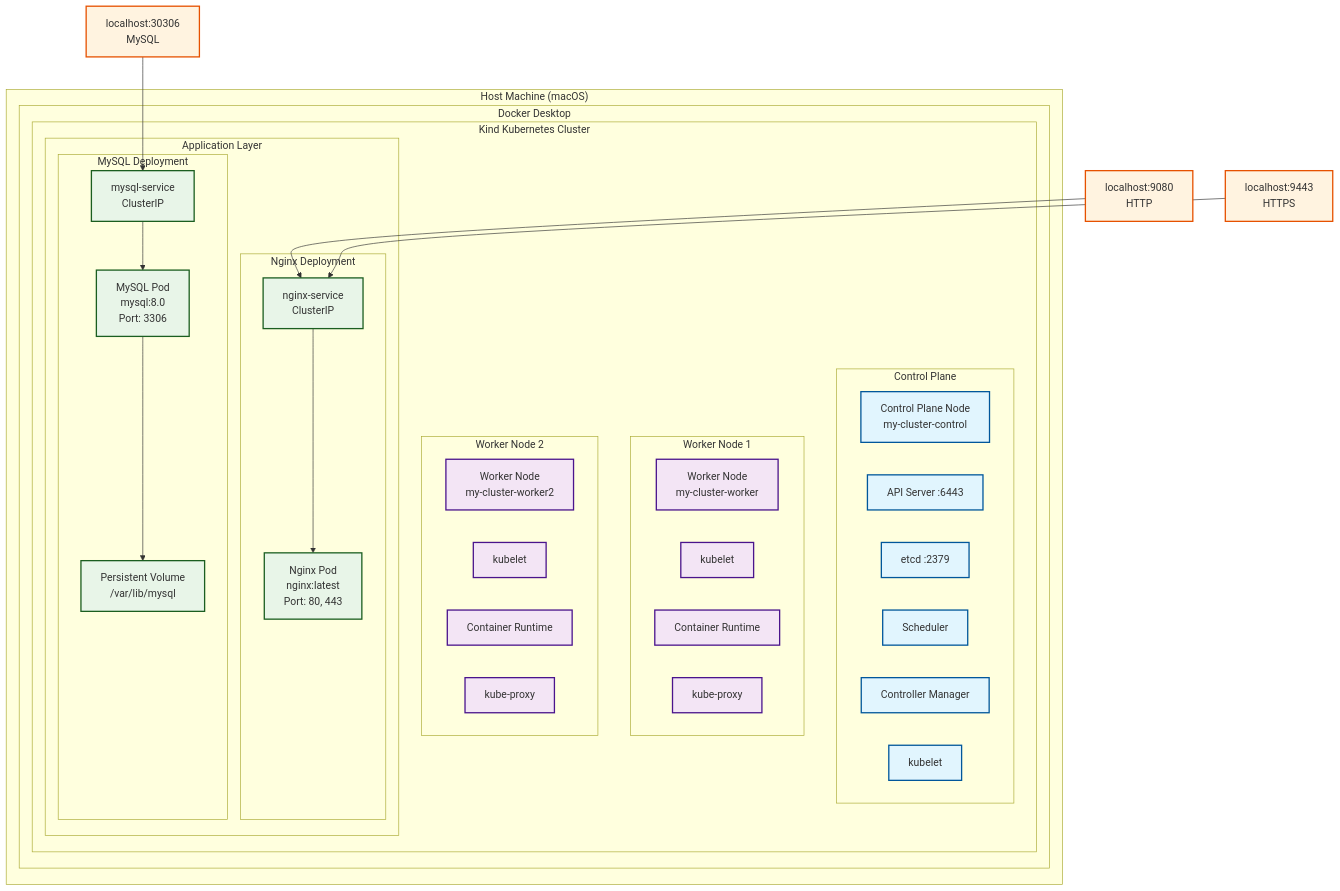
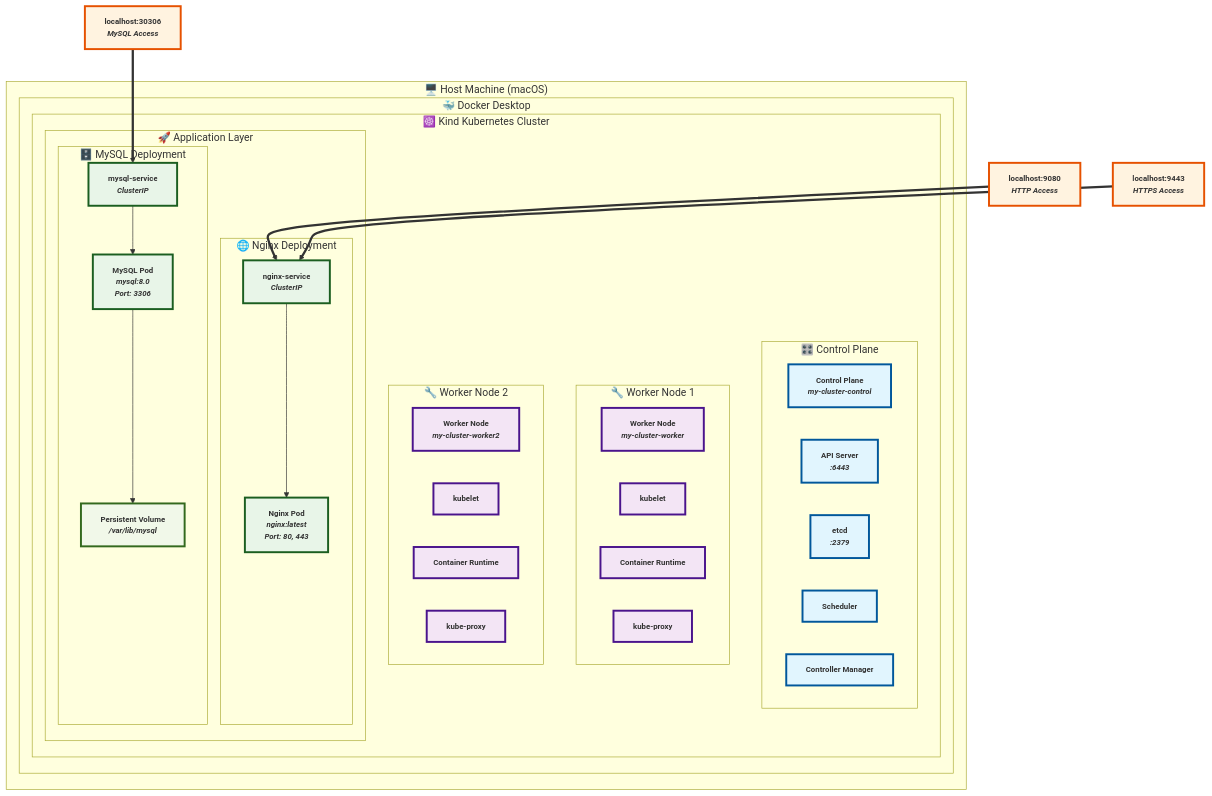
One commit to msreekanth02/kind-kubernetes-cluster-manager changed the first of 12 diagrams in ARCHITECTURE.md. Above: the diagram before and after it, drawn with Mermaid. The commit also changed other lines of this file, not shown here.

First line of the commit message:
Complete rewrite of ARCHITECTURE.md with proper Mermaid diagrams

````diff
--- a/ARCHITECTURE.md
+++ b/ARCHITECTURE.md
@@ -18,65 +18,71 @@
 ```mermaid
 graph TB
-    subgraph "Host Machine (macOS)"
-        subgraph "Docker Desktop"
-            subgraph "Kind Kubernetes Cluster"
-                subgraph "Control Plane"
-                    CP[Control Plane Node<br/>my-cluster-control]
-                    API[API Server :6443]
-                    ETCD[etcd :2379]
-                    SCHED[Scheduler]
-                    CM[Controller Manager]
-                    CP_KUBELET[kubelet]
+    subgraph Host["🖥️ Host Machine (macOS)"]
+        subgraph Docker["🐳 Docker Desktop"]
+            subgraph Kind["☸️ Kind Kubernetes Cluster"]
+                subgraph CP_Group["🎛️ Control Plane"]
+                    CP["<b>Control Plane</b><br/><i>my-cluster-control</i>"]
+                    API["<b>API Server</b><br/><i>:6443</i>"]
+                    ETCD["<b>etcd</b><br/><i>:2379</i>"]
+                    SCHED["<b>Scheduler</b>"]
+                    CM["<b>Controller Manager</b>"]
                 end
                 
-                subgraph "Worker Node 1"
-                    W1[Worker Node<br/>my-cluster-worker]
-                    W1_KUBELET[kubelet]
-                    W1_RUNTIME[Container Runtime]
-                    W1_PROXY[kube-proxy]
+                subgraph W1_Group["🔧 Worker Node 1"]
+                    W1["<b>Worker Node</b><br/><i>my-cluster-worker</i>"]
+                    W1_KUBELET["<b>kubelet</b>"]
+                    W1_RUNTIME["<b>Container Runtime</b>"]
+                    W1_PROXY["<b>kube-proxy</b>"]
                 end
                 
-                subgraph "Worker Node 2"
-                    W2[Worker Node<br/>my-cluster-worker2]
-                    W2_KUBELET[kubelet]
-                    W2_RUNTIME[Container Runtime]
-                    W2_PROXY[kube-proxy]
+                subgraph W2_Group["🔧 Worker Node 2"]
+                    W2["<b>Worker Node</b><br/><i>my-cluster-worker2</i>"]
+                    W2_KUBELET["<b>kubelet</b>"]
+                    W2_RUNTIME["<b>Container Runtime</b>"]
+                    W2_PROXY["<b>kube-proxy</b>"]
                 end
                 
-                subgraph "Application Layer"
-                    subgraph "Nginx Deployment"
-                        NGINX_POD[Nginx Pod<br/>nginx:latest<br/>Port: 80, 443]
-                        NGINX_SVC[nginx-service<br/>ClusterIP]
+                subgraph Apps["🚀 Application Layer"]
+                    subgraph Nginx_Deploy["🌐 Nginx Deployment"]
+                        NGINX_POD["<b>Nginx Pod</b><br/><i>nginx:latest</i><br/><i>Port: 80, 443</i>"]
+                        NGINX_SVC["<b>nginx-service</b><br/><i>ClusterIP</i>"]
                     end
                     
-                    subgraph "MySQL Deployment"
-                        MYSQL_POD[MySQL Pod<br/>mysql:8.0<br/>Port: 3306]
-                        MYSQL_SVC[mysql-service<br/>ClusterIP]
-                        PV[Persistent Volume<br/>/var/lib/mysql]
+                    subgraph MySQL_Deploy["🗄️ MySQL Deployment"]
+                        MYSQL_POD["<b>MySQL Pod</b><br/><i>mysql:8.0</i><br/><i>Port: 3306</i>"]
+                        MYSQL_SVC["<b>mysql-service</b><br/><i>ClusterIP</i>"]
+                        PV["<b>Persistent Volume</b><br/><i>/var/lib/mysql</i>"]
                     end
                 end
             end
         end
     end
     
+    %% External Access Points
+    HOST_HTTP["<b>localhost:9080</b><br/><i>HTTP Access</i>"]
+    HOST_HTTPS["<b>localhost:9443</b><br/><i>HTTPS Access</i>"]
+    HOST_MYSQL["<b>localhost:30306</b><br/><i>MySQL Access</i>"]
+    
     %% External connections
-    HOST_HTTP[localhost:9080<br/>HTTP] --> NGINX_SVC
-    HOST_HTTPS[localhost:9443<br/>HTTPS] --> NGINX_SVC
-    HOST_MYSQL[localhost:30306<br/>MySQL] --> MYSQL_SVC
+    HOST_HTTP ==> NGINX_SVC
+    HOST_HTTPS ==> NGINX_SVC
+    HOST_MYSQL ==> MYSQL_SVC
     
     %% Internal connections
     NGINX_SVC --> NGINX_POD
     MYSQL_SVC --> MYSQL_POD
     MYSQL_POD --> PV
     
-    %% Styling
-    classDef controlPlane fill:#e1f5fe,stroke:#01579b,stroke-width:2px
-    classDef worker fill:#f3e5f5,stroke:#4a148c,stroke-width:2px
-    classDef app fill:#e8f5e8,stroke:#1b5e20,stroke-width:2px
-    classDef external fill:#fff3e0,stroke:#e65100,stroke-width:2px
+    %% Styling with proper font sizes
+    classDef controlPlane fill:#e1f5fe,stroke:#01579b,stroke-width:3px,font-size:12px,font-weight:bold
+    classDef worker fill:#f3e5f5,stroke:#4a148c,stroke-width:3px,font-size:12px,font-weight:bold
+    classDef app fill:#e8f5e8,stroke:#1b5e20,stroke-width:3px,font-size:12px,font-weight:bold
+    classDef external fill:#fff3e0,stroke:#e65100,stroke-width:3px,font-size:12px,font-weight:bold
+    classDef storage fill:#f1f8e9,stroke:#33691e,stroke-width:3px,font-size:12px,font-weight:bold
     
-    class CP,API,ETCD,SCHED,CM,CP_KUBELET controlPlane
+    class CP,API,ETCD,SCHED,CM controlPlane
     class W1,W1_KUBELET,W1_RUNTIME,W1_PROXY,W2,W2_KUBELET,W2_RUNTIME,W2_PROXY worker
-    class NGINX_POD,NGINX_SVC,MYSQL_POD,MYSQL_SVC,PV app
+    class NGINX_POD,NGINX_SVC,MYSQL_POD,MYSQL_SVC app
     class HOST_HTTP,HOST_HTTPS,HOST_MYSQL external
+    class PV storage
 ```
````
